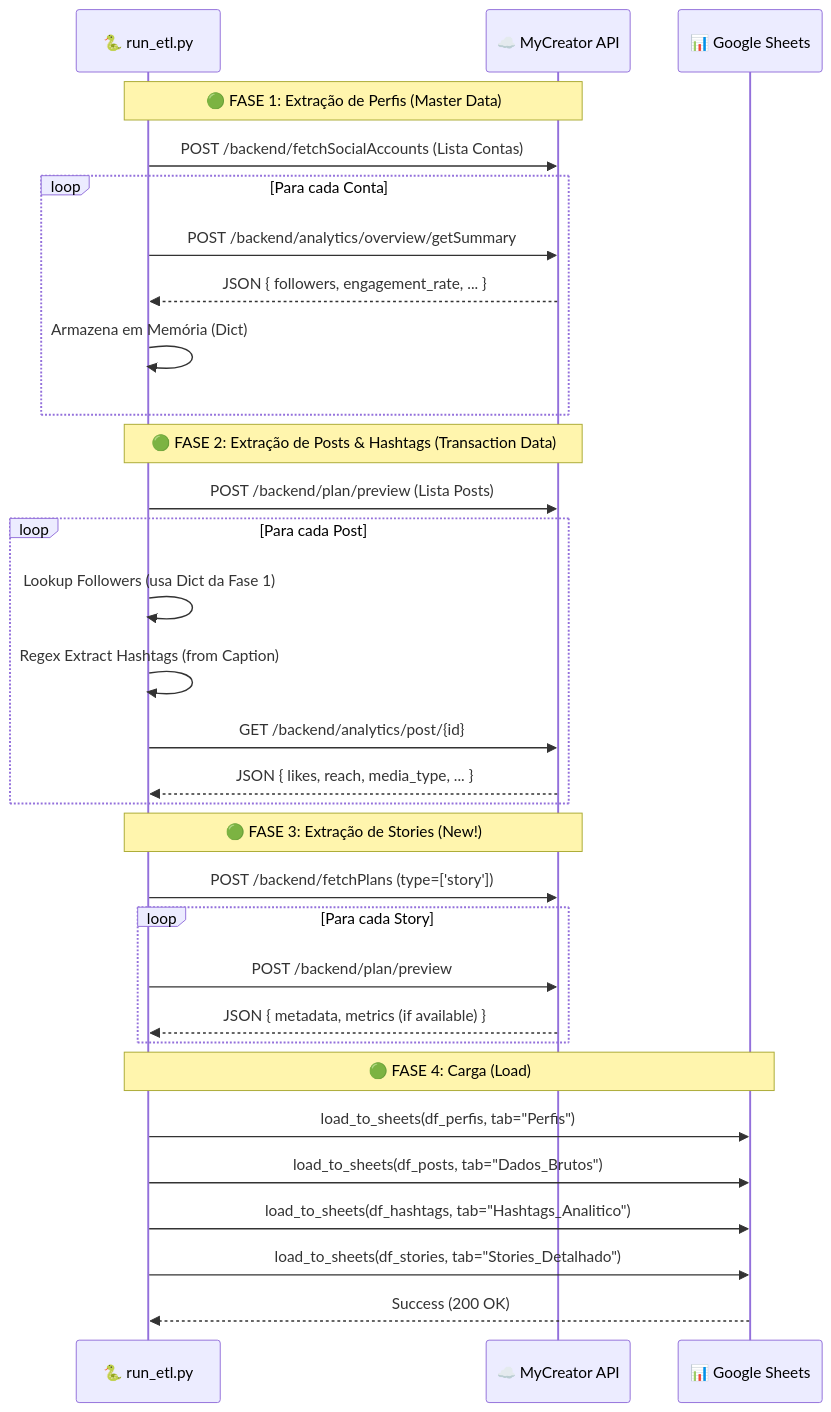
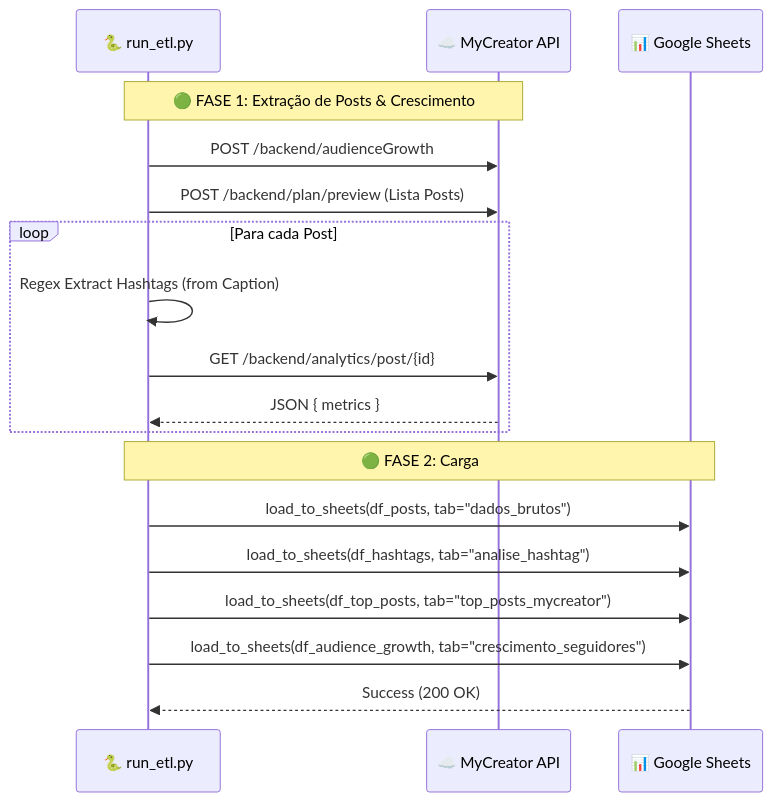
One commit to mscarpenter-myside/mycreator-analytics changed the second of 3 diagrams in Docs/DOC_TECNICA.md. Above: the diagram before and after it, drawn with Mermaid. The commit also changed other lines of this file and 5 other files, not shown here.

Commit message:
refactor: simplificacao do pipeline ETL e remocao de abas inativas do Google Sheets

````diff
--- a/Docs/DOC_TECNICA.md
+++ b/Docs/DOC_TECNICA.md
@@ -89,37 +59,22 @@
 ```mermaid
 sequenceDiagram
     participant ETL as 🐍 run_etl.py
     participant API as ☁️ MyCreator API
     participant Sheet as 📊 Google Sheets
 
-    Note over ETL, API: 🟢 FASE 1: Extração de Perfis (Master Data)
-    ETL->>API: POST /backend/fetchSocialAccounts (Lista Contas)
-    loop Para cada Conta
-        ETL->>API: POST /backend/analytics/overview/getSummary
-        API-->>ETL: JSON { followers, engagement_rate, ... }
-        ETL->>ETL: Armazena em Memória (Dict)
+    Note over ETL, API: 🟢 FASE 1: Extração de Posts & Crescimento
+    ETL->>API: POST /backend/audienceGrowth
+    ETL->>API: POST /backend/plan/preview (Lista Posts)
+    loop Para cada Post
+        ETL->>ETL: Regex Extract Hashtags (from Caption)
+        ETL->>API: GET /backend/analytics/post/{id}
+        API-->>ETL: JSON { metrics }
     end
 
-    Note over ETL, API: 🟢 FASE 2: Extração de Posts & Hashtags (Transaction Data)
-    ETL->>API: POST /backend/plan/preview (Lista Posts)
-    loop Para cada Post
-        ETL->>ETL: Lookup Followers (usa Dict da Fase 1)
-        ETL->>ETL: Regex Extract Hashtags (from Caption)
-        ETL->>API: GET /backend/analytics/post/{id}
-        API-->>ETL: JSON { likes, reach, media_type, ... }
-    end
-
-    Note over ETL, API: 🟢 FASE 3: Extração de Stories (New!)
-    ETL->>API: POST /backend/fetchPlans (type=['story'])
-    loop Para cada Story
-        ETL->>API: POST /backend/plan/preview
-        API-->>ETL: JSON { metadata, metrics (if available) }
-    end
-
-    Note over ETL, Sheet: 🟢 FASE 4: Carga (Load)
-    ETL->>Sheet: load_to_sheets(df_perfis, tab="Perfis")
-    ETL->>Sheet: load_to_sheets(df_posts, tab="Dados_Brutos")
-    ETL->>Sheet: load_to_sheets(df_hashtags, tab="Hashtags_Analitico")
-    ETL->>Sheet: load_to_sheets(df_stories, tab="Stories_Detalhado")
+    Note over ETL, Sheet: 🟢 FASE 2: Carga
+    ETL->>Sheet: load_to_sheets(df_posts, tab="dados_brutos")
+    ETL->>Sheet: load_to_sheets(df_hashtags, tab="analise_hashtag")
+    ETL->>Sheet: load_to_sheets(df_top_posts, tab="top_posts_mycreator")
+    ETL->>Sheet: load_to_sheets(df_audience_growth, tab="crescimento_seguidores")
     Sheet-->>ETL: Success (200 OK)
 ```
````
